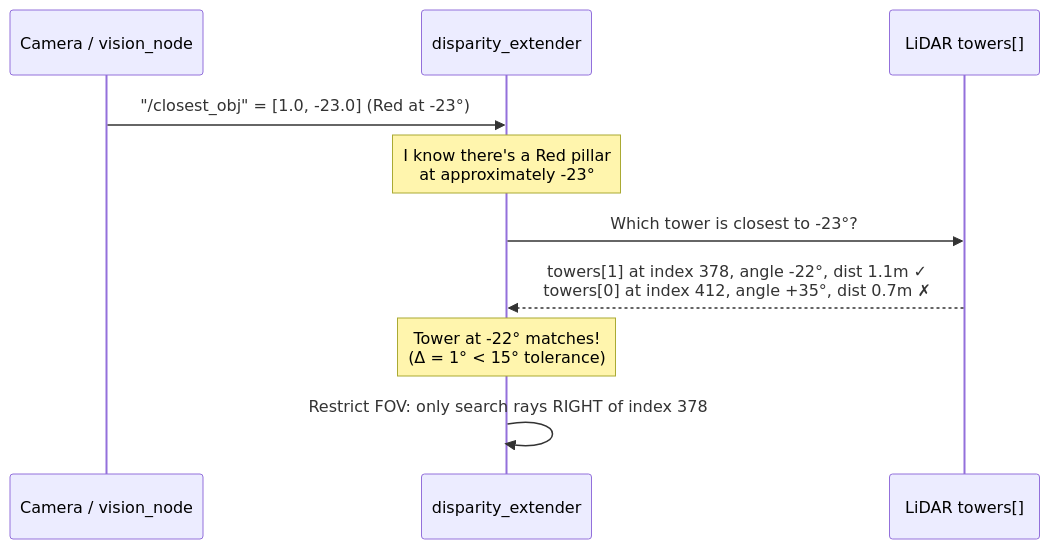
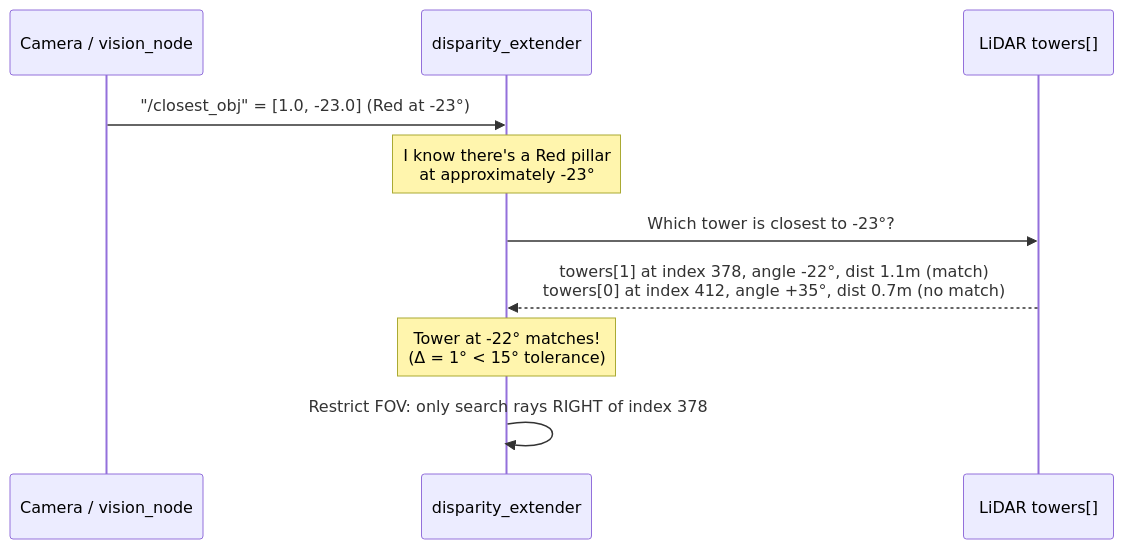
Before and after one commit to muztahiddurjoy/gorur_gari_2026: the third of 3 diagrams in angular_matching_comparison.md, drawn with Mermaid. The commit also changed other lines of this file and 10 other files, not shown here.

````diff
--- a/angular_matching_comparison.md
+++ b/angular_matching_comparison.md
@@ -35,13 +55,13 @@
 ```mermaid
 sequenceDiagram
     participant CAM as Camera / vision_node
     participant DE as disparity_extender
     participant LIDAR as LiDAR towers[]
 
     CAM->>DE: "/closest_obj" = [1.0, -23.0] (Red at -23°)
     Note over DE: I know there's a Red pillar<br/>at approximately -23°
     DE->>LIDAR: Which tower is closest to -23°?
-    LIDAR-->>DE: towers[1] at index 378, angle -22°, dist 1.1m ✓<br/>towers[0] at index 412, angle +35°, dist 0.7m ✗
+    LIDAR-->>DE: towers[1] at index 378, angle -22°, dist 1.1m (match)<br/>towers[0] at index 412, angle +35°, dist 0.7m (no match)
     Note over DE: Tower at -22° matches!<br/>(Δ = 1° < 15° tolerance)
     DE->>DE: Restrict FOV: only search rays RIGHT of index 378
 ```
````
